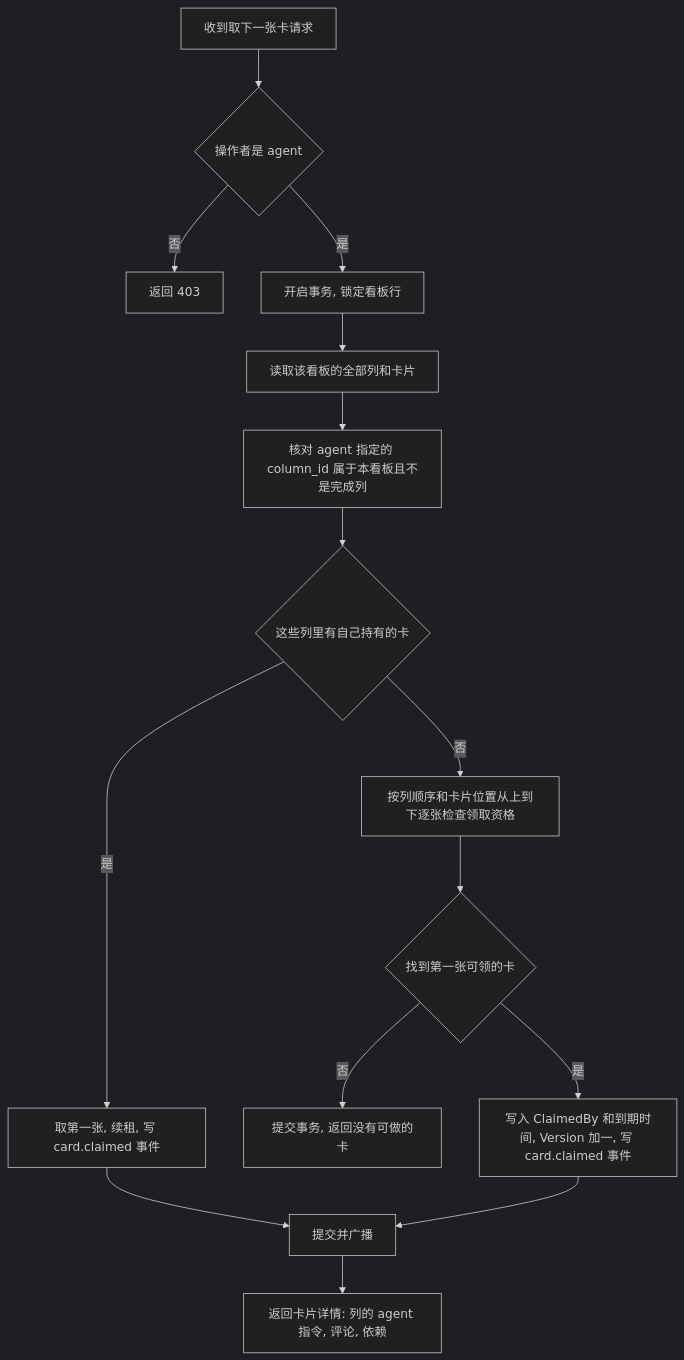
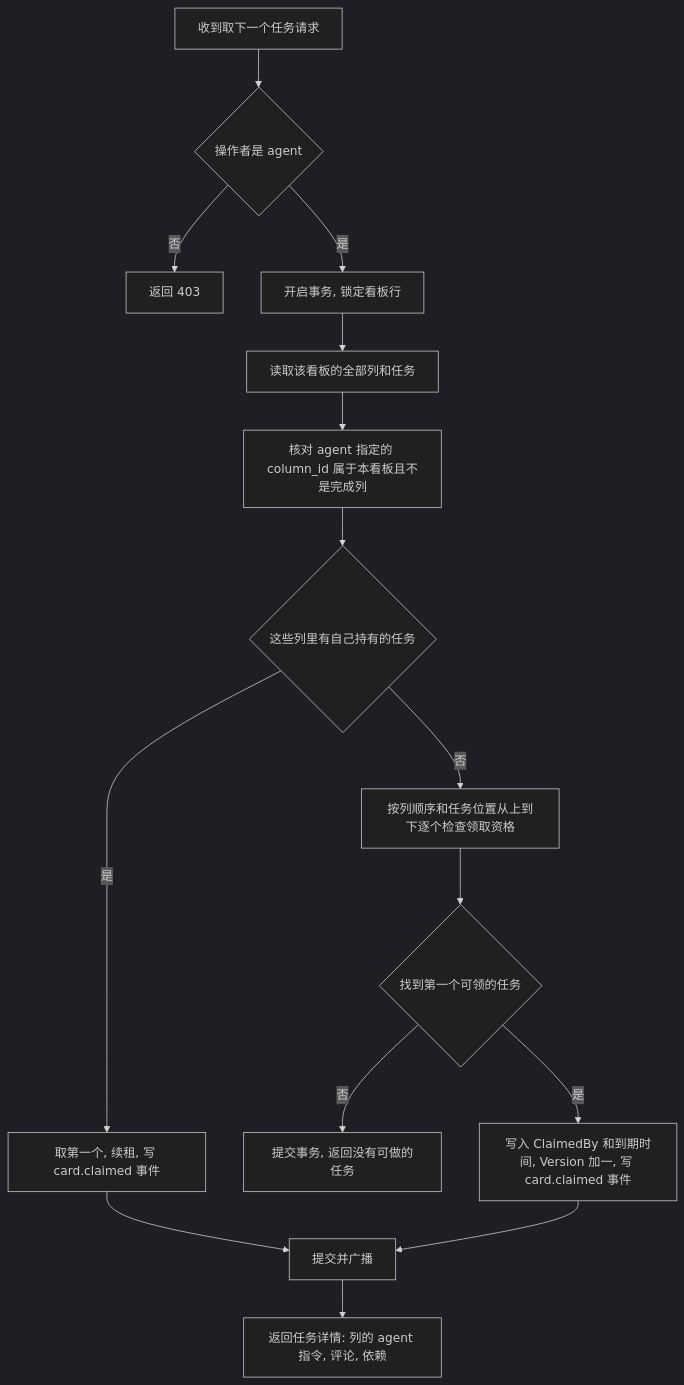
One commit to ixugo/slate-kanban changed the first of 5 diagrams in .cursor/scopes/kanban.claim.go.md. Above: the diagram before and after it, drawn with Mermaid (dark theme). The commit also changed other lines of this file and 49 other files, not shown here.

````diff
--- a/.cursor/scopes/kanban.claim.go.md
+++ b/.cursor/scopes/kanban.claim.go.md
@@ -49,17 +49,17 @@
 ```mermaid
 flowchart TD
-    A[收到取下一张卡请求] --> B{操作者是 agent}
+    A[收到取下一个任务请求] --> B{操作者是 agent}
     B -->|否| Z1[返回 403]
     B -->|是| C[开启事务, 锁定看板行]
-    C --> D[读取该看板的全部列和卡片]
+    C --> D[读取该看板的全部列和任务]
     D --> E[核对 agent 指定的 column_id 属于本看板且不是完成列]
-    E --> F{这些列里有自己持有的卡}
-    F -->|是| G[取第一张, 续租, 写 card.claimed 事件]
-    F -->|否| H[按列顺序和卡片位置从上到下逐张检查领取资格]
-    H --> I{找到第一张可领的卡}
-    I -->|否| J[提交事务, 返回没有可做的卡]
+    E --> F{这些列里有自己持有的任务}
+    F -->|是| G[取第一个, 续租, 写 card.claimed 事件]
+    F -->|否| H[按列顺序和任务位置从上到下逐个检查领取资格]
+    H --> I{找到第一个可领的任务}
+    I -->|否| J[提交事务, 返回没有可做的任务]
     I -->|是| K[写入 ClaimedBy 和到期时间, Version 加一, 写 card.claimed 事件]
     G --> L[提交并广播]
     K --> L
-    L --> M[返回卡片详情: 列的 agent 指令, 评论, 依赖]
+    L --> M[返回任务详情: 列的 agent 指令, 评论, 依赖]
 ```
````
